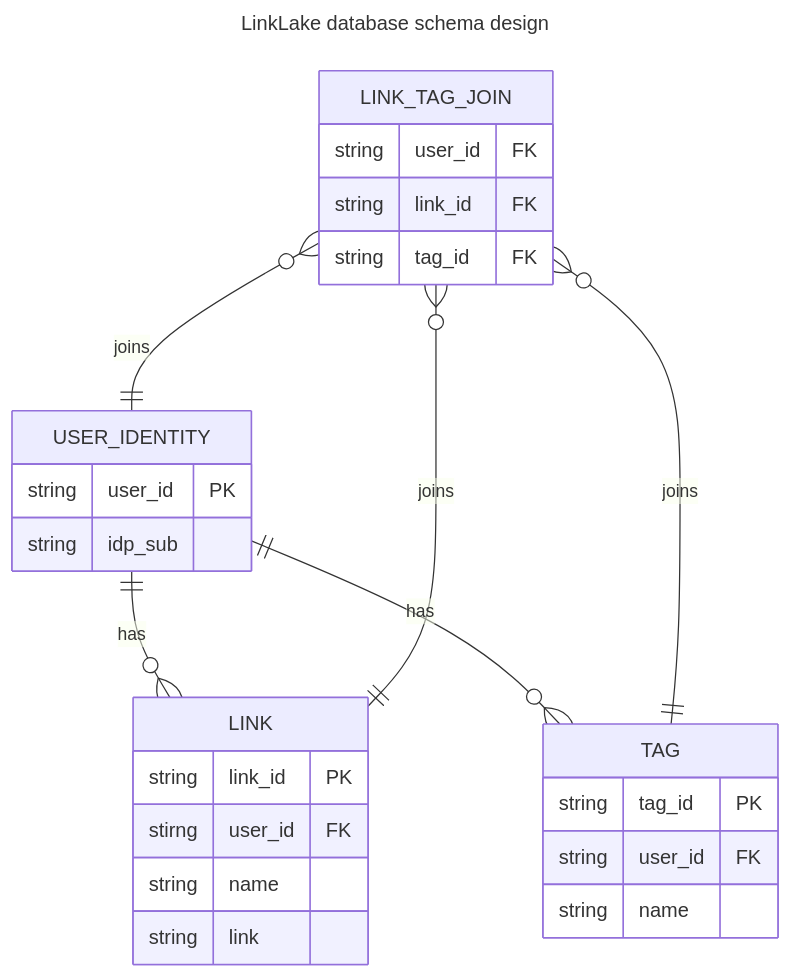
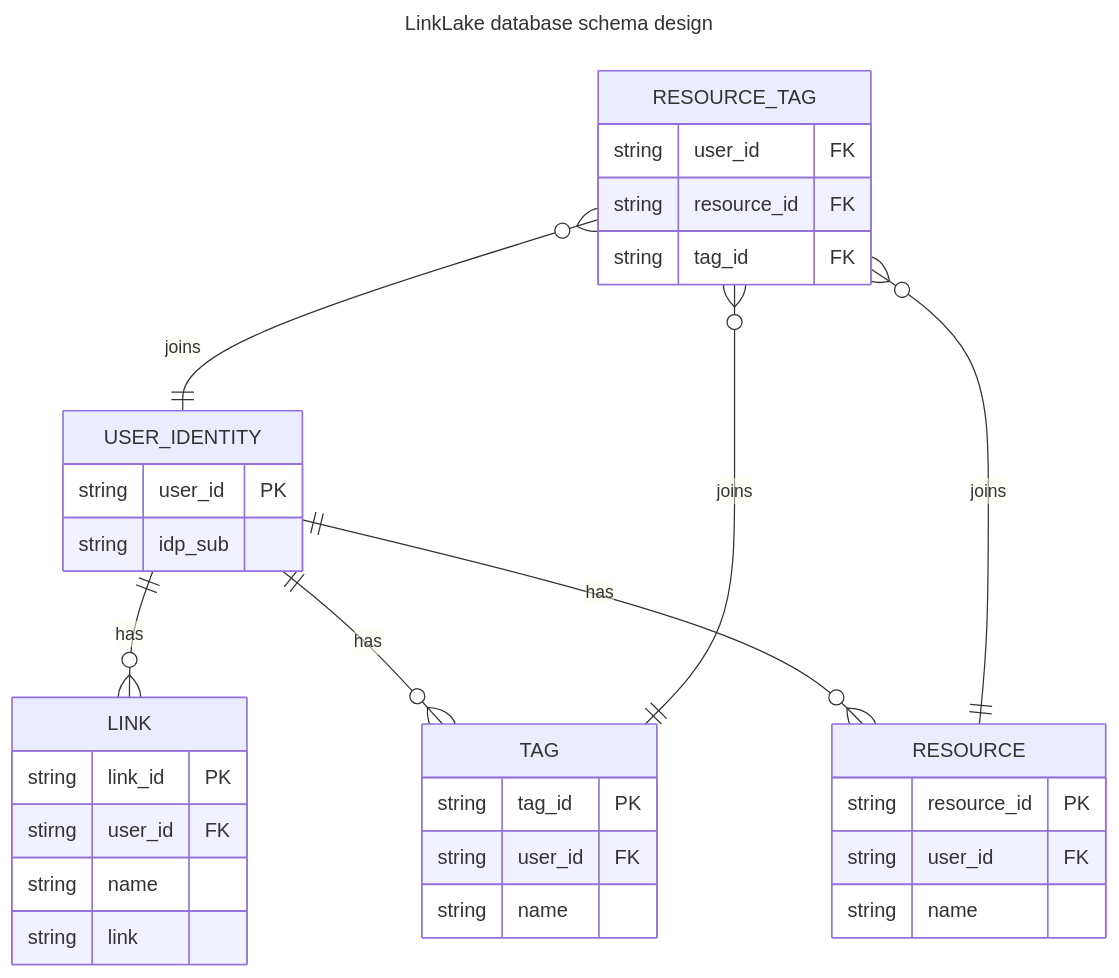
One commit to antalhorvath/project-link-lake-api changed the diagram in doc/database/schema.mermaid. Above: the diagram before and after it, drawn with Mermaid. The commit also changed 26 other files, not shown here.

```diff
--- a/doc/database/schema.mermaid
+++ b/doc/database/schema.mermaid
@@ -1,34 +1,41 @@
 ---
 title: LinkLake database schema design
 ---
 erDiagram
 
     USER_IDENTITY {
         string user_id PK
         string idp_sub
     }
 
     LINK {
         string link_id PK
         stirng user_id FK
         string name
         string link
     }
 
     TAG {
         string tag_id PK
         string user_id FK
         string name
     }
 
-    LINK_TAG_JOIN {
+    RESOURCE {
+        string resource_id PK
         string user_id FK
-        string link_id FK
+        string name
+    }
+
+    RESOURCE_TAG {
+        string user_id FK
+        string resource_id FK
         string tag_id FK
     }
 
     USER_IDENTITY ||--o{ LINK : has
     USER_IDENTITY ||--o{ TAG : has
-    LINK_TAG_JOIN }o--|| USER_IDENTITY : joins
-    LINK_TAG_JOIN }o--|| LINK : joins
-    LINK_TAG_JOIN }o--|| TAG : joins
+    USER_IDENTITY ||--o{ RESOURCE : has
+    RESOURCE_TAG }o--|| USER_IDENTITY : joins
+    RESOURCE_TAG }o--|| TAG : joins
+    RESOURCE_TAG }o--|| RESOURCE : joins
```
